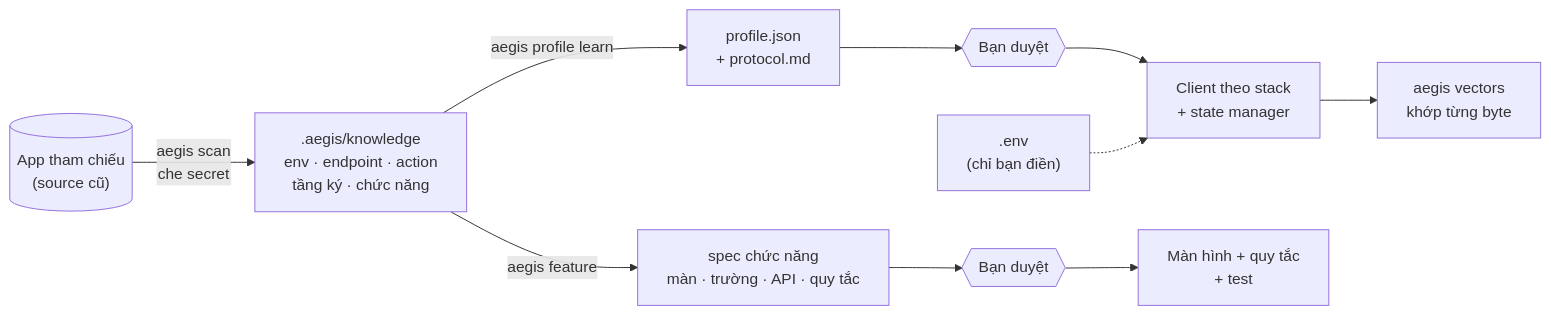
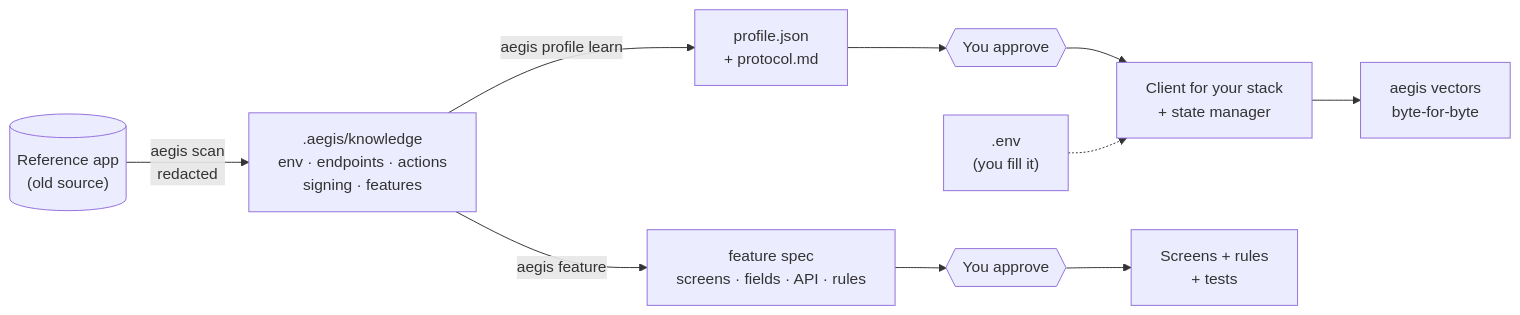
One commit to haevynx/aegis changed the diagram in README.md. Above: the diagram before and after it, drawn with Mermaid. The commit also changed other lines of this file and 5 other files, not shown here.

````diff
--- a/README.md
+++ b/README.md
@@ -105,12 +92,12 @@
 ```mermaid
 flowchart LR
-  REF[("App tham chiếu<br/>(source cũ)")] -->|aegis scan<br/>che secret| K[".aegis/knowledge<br/>env · endpoint · action<br/>tầng ký · chức năng"]
+  REF[("Reference app<br/>(old source)")] -->|aegis scan<br/>redacted| K[".aegis/knowledge<br/>env · endpoints · actions<br/>signing · features"]
   K -->|aegis profile learn| P["profile.json<br/>+ protocol.md"]
-  K -->|aegis feature| S["spec chức năng<br/>màn · trường · API · quy tắc"]
-  P --> G1{{"Bạn duyệt"}}
-  S --> G2{{"Bạn duyệt"}}
-  G1 --> C["Client theo stack<br/>+ state manager"]
-  G2 --> F["Màn hình + quy tắc<br/>+ test"]
-  C --> V["aegis vectors<br/>khớp từng byte"]
-  ENV[".env<br/>(chỉ bạn điền)"] -.-> C
+  K -->|aegis feature| S["feature spec<br/>screens · fields · API · rules"]
+  P --> G1{{"You approve"}}
+  S --> G2{{"You approve"}}
+  G1 --> C["Client for your stack<br/>+ state manager"]
+  G2 --> F["Screens + rules<br/>+ tests"]
+  C --> V["aegis vectors<br/>byte-for-byte"]
+  ENV[".env<br/>(you fill it)"] -.-> C
 ```
````
